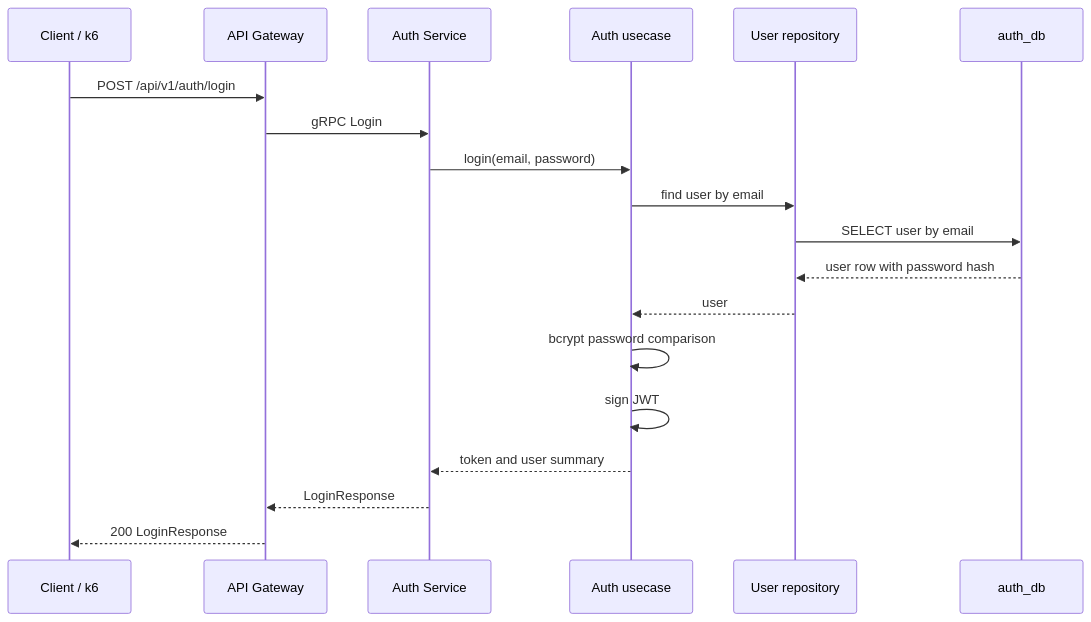
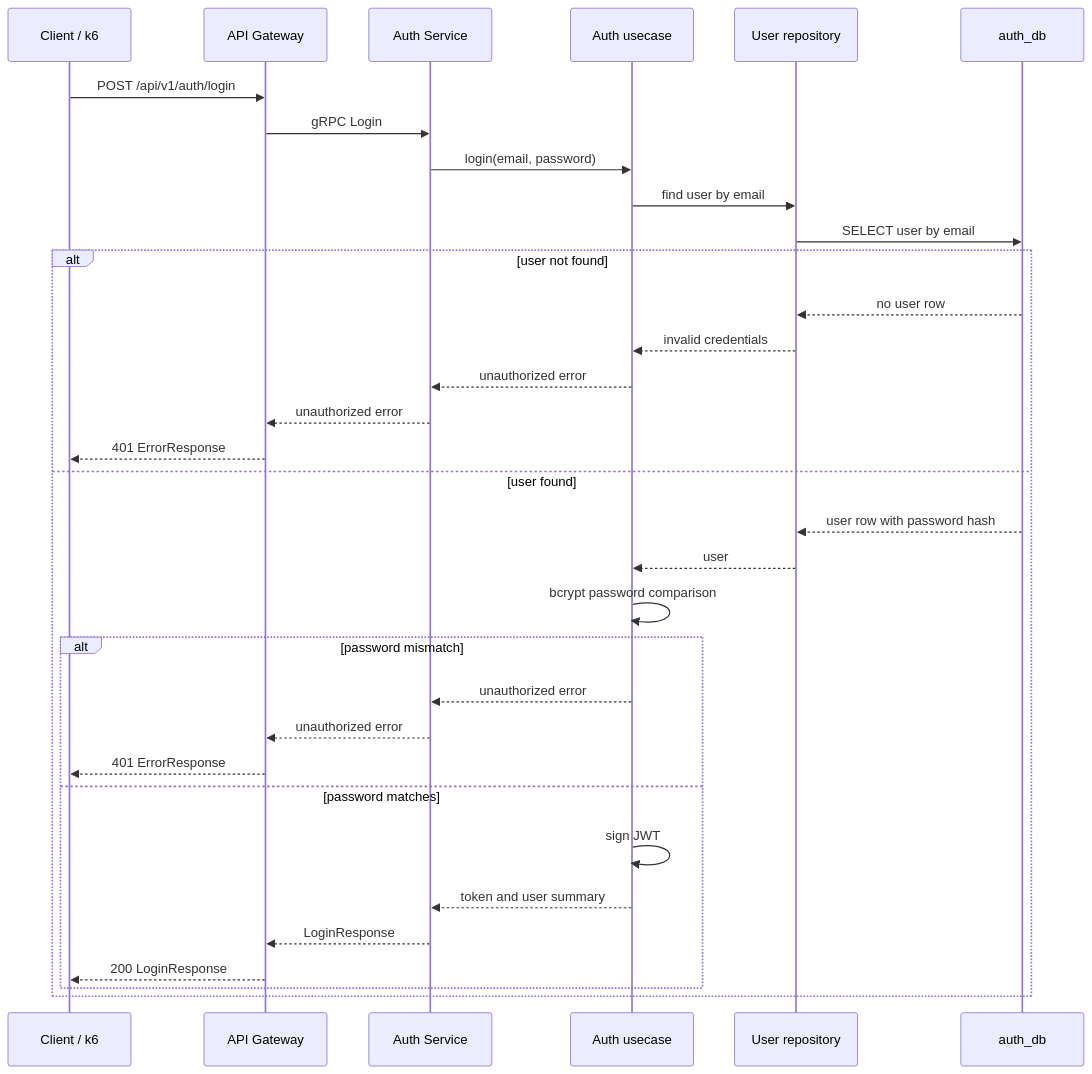
Before and after one commit to Ahmad-mufied/monolith-vs-microservice-thesis: the second of 2 diagrams in docs/diagrams/login-sequence.md, drawn with Mermaid. The commit also changed other lines of this file, not shown here.

Commit message:
docs: refine login sequence diagrams with detailed flow for error handling and success

````diff
--- a/docs/diagrams/login-sequence.md
+++ b/docs/diagrams/login-sequence.md
@@ -29,22 +41,36 @@
 ```mermaid
 sequenceDiagram
   participant K6 as Client / k6
   participant GW as API Gateway
   participant AS as Auth Service
   participant UC as Auth usecase
   participant R as User repository
   participant DB as auth_db
 
   K6->>GW: POST /api/v1/auth/login
   GW->>AS: gRPC Login
   AS->>UC: login(email, password)
   UC->>R: find user by email
   R->>DB: SELECT user by email
-  DB-->>R: user row with password hash
-  R-->>UC: user
-  UC->>UC: bcrypt password comparison
-  UC->>UC: sign JWT
-  UC-->>AS: token and user summary
-  AS-->>GW: LoginResponse
-  GW-->>K6: 200 LoginResponse
+  alt user not found
+    DB-->>R: no user row
+    R-->>UC: invalid credentials
+    UC-->>AS: unauthorized error
+    AS-->>GW: unauthorized error
+    GW-->>K6: 401 ErrorResponse
+  else user found
+    DB-->>R: user row with password hash
+    R-->>UC: user
+    UC->>UC: bcrypt password comparison
+    alt password mismatch
+      UC-->>AS: unauthorized error
+      AS-->>GW: unauthorized error
+      GW-->>K6: 401 ErrorResponse
+    else password matches
+      UC->>UC: sign JWT
+      UC-->>AS: token and user summary
+      AS-->>GW: LoginResponse
+      GW-->>K6: 200 LoginResponse
+    end
+  end
 ```
````
